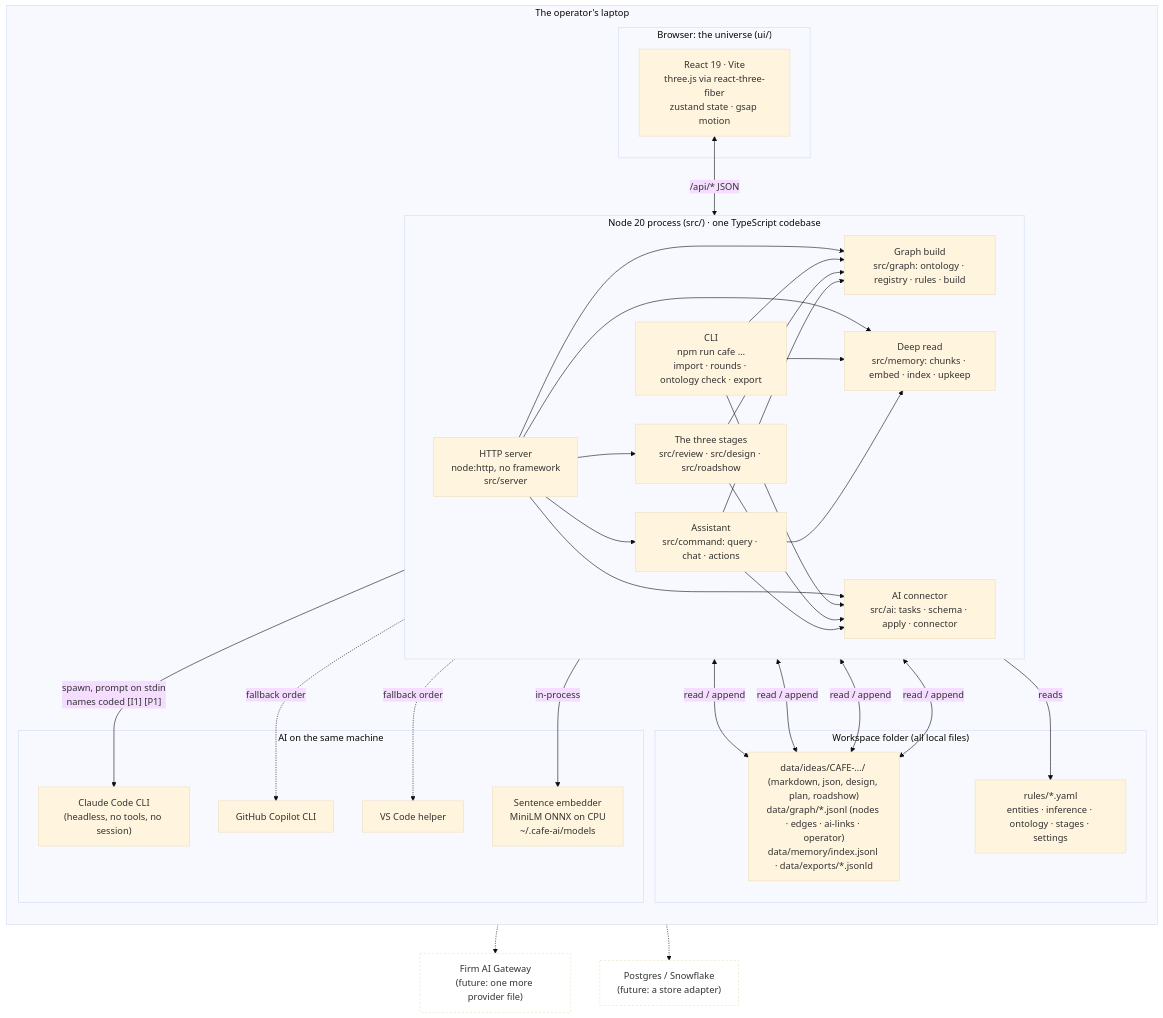
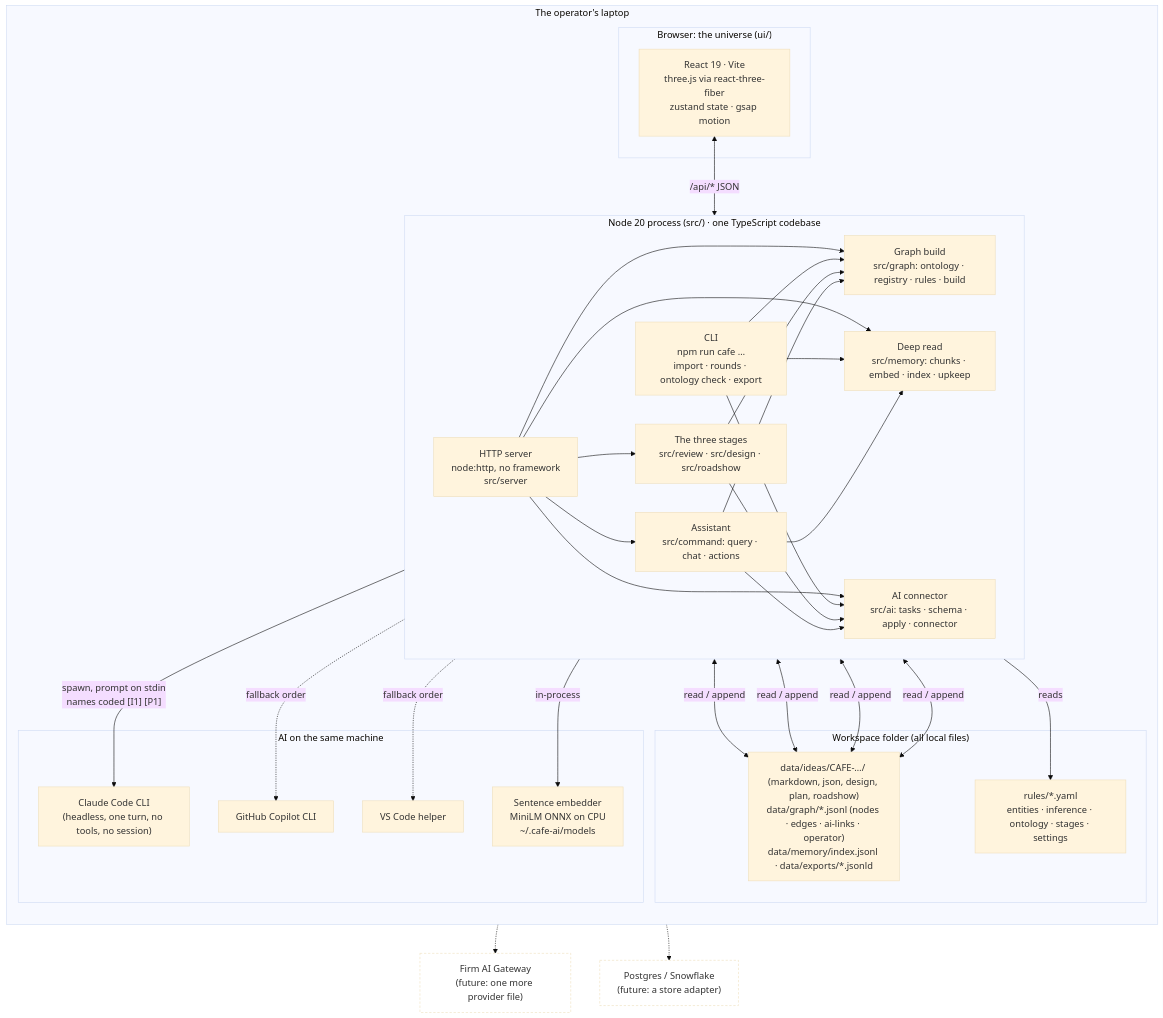
The first of 4 diagrams in cafe-app/docs/x-ray.md (intelliorion/ms-cs-ttia-office-hours), drawn with Mermaid (base theme) before and after one commit. The commit also changed other lines of this file, not shown here.

````diff
--- a/cafe-app/docs/x-ray.md
+++ b/cafe-app/docs/x-ray.md
@@ -16,44 +16,44 @@
 ```mermaid
 flowchart TB
   subgraph laptop["The operator's laptop"]
     direction TB
     subgraph ui["Browser: the universe (ui/)"]
       R["React 19 · Vite<br/>three.js via react-three-fiber<br/>zustand state · gsap motion"]
     end
     subgraph node["Node 20 process (src/)  ·  one TypeScript codebase"]
       direction LR
       S["HTTP server<br/>node:http, no framework<br/>src/server"]
       C["CLI<br/>npm run cafe …<br/>import · rounds · ontology check · export"]
       G["Graph build<br/>src/graph: ontology · registry · rules · build"]
       M["Deep read<br/>src/memory: chunks · embed · index · upkeep"]
       A["AI connector<br/>src/ai: tasks · schema · apply · connector"]
       Q["Assistant<br/>src/command: query · chat · actions"]
       ST["The three stages<br/>src/review · src/design · src/roadshow"]
     end
     subgraph ws["Workspace folder (all local files)"]
       W1["rules/*.yaml<br/>entities · inference · ontology · stages · settings"]
       W2["data/ideas/CAFE-…/ (markdown, json, design, plan, roadshow)<br/>data/graph/*.jsonl (nodes · edges · ai-links · operator)<br/>data/memory/index.jsonl · data/exports/*.jsonld"]
     end
     subgraph ai["AI on the same machine"]
-      P1["Claude Code CLI<br/>(headless, no tools, no session)"]
+      P1["Claude Code CLI<br/>(headless, one turn, no tools, no session)"]
       P2["GitHub Copilot CLI"]
       P3["VS Code helper"]
       E["Sentence embedder<br/>MiniLM ONNX on CPU<br/>~/.cafe-ai/models"]
     end
   end
   R <-->|"/api/* JSON"| S
   S --> G & M & A & Q & ST
   C --> G & M & A
   G & M & Q & ST <-->|read / append| W2
   G -->|reads| W1
   ST --> G & A
   A -->|"spawn, prompt on stdin<br/>names coded [I1] [P1]"| P1
   A -.->|fallback order| P2 & P3
   M -->|in-process| E
   Q --> G & M & A
   FUT1["Firm AI Gateway<br/>(future: one more provider file)"]:::future
   FUT2["Postgres / Snowflake<br/>(future: a store adapter)"]:::future
   A -.-> FUT1
   W2 -.-> FUT2
   classDef future stroke-dasharray: 4 3, fill:none
 ```
````
